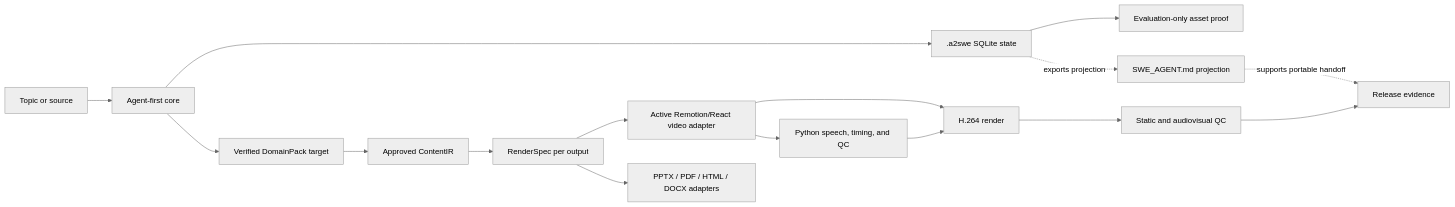
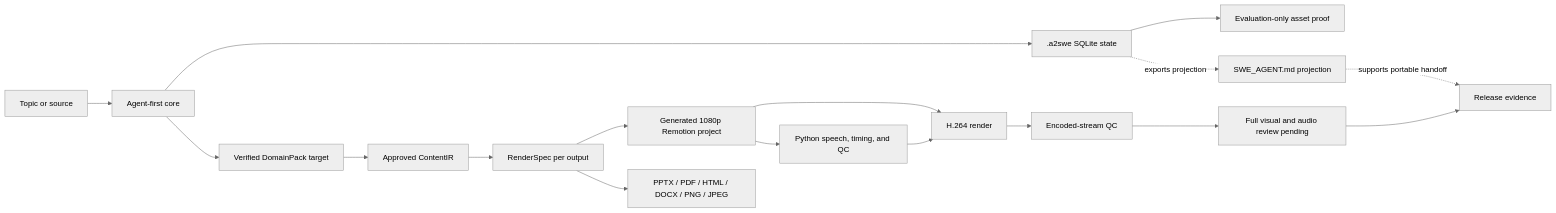
The diagram in docs/content/architecture/system-overview.md (dayour/a2swe), drawn with Mermaid (neutral theme) before and after one commit. The commit also changed other lines of this file and 57 other files, not shown here.

````diff
--- a/docs/content/architecture/system-overview.md
+++ b/docs/content/architecture/system-overview.md
@@ -9,18 +17,19 @@
 ```mermaid
 flowchart LR
   Request[Topic or source] --> Core[Agent-first core]
   Core --> Store[.a2swe SQLite state]
   Store --> Proof[Evaluation-only asset proof]
   Core --> Domain[Verified DomainPack target]
   Domain --> ContentIR[Approved ContentIR]
   ContentIR --> RenderSpec[RenderSpec per output]
-  RenderSpec --> Remotion[Active Remotion/React video adapter]
-  RenderSpec --> Outputs[PPTX / PDF / HTML / DOCX adapters]
+  RenderSpec --> Remotion[Generated 1080p Remotion project]
+  RenderSpec --> Outputs[PPTX / PDF / HTML / DOCX / PNG / JPEG]
   Remotion --> Encode[H.264 render]
   Remotion --> Python[Python speech, timing, and QC]
   Python --> Encode
-  Encode --> QC[Static and audiovisual QC]
-  QC --> Delivery[Release evidence]
+  Encode --> QC[Encoded-stream QC]
+  QC --> Review[Full visual and audio review pending]
+  Review --> Delivery[Release evidence]
   Store -. exports projection .-> Ledger[SWE_AGENT.md projection]
   Ledger -. supports portable handoff .-> Delivery
 ```
````
